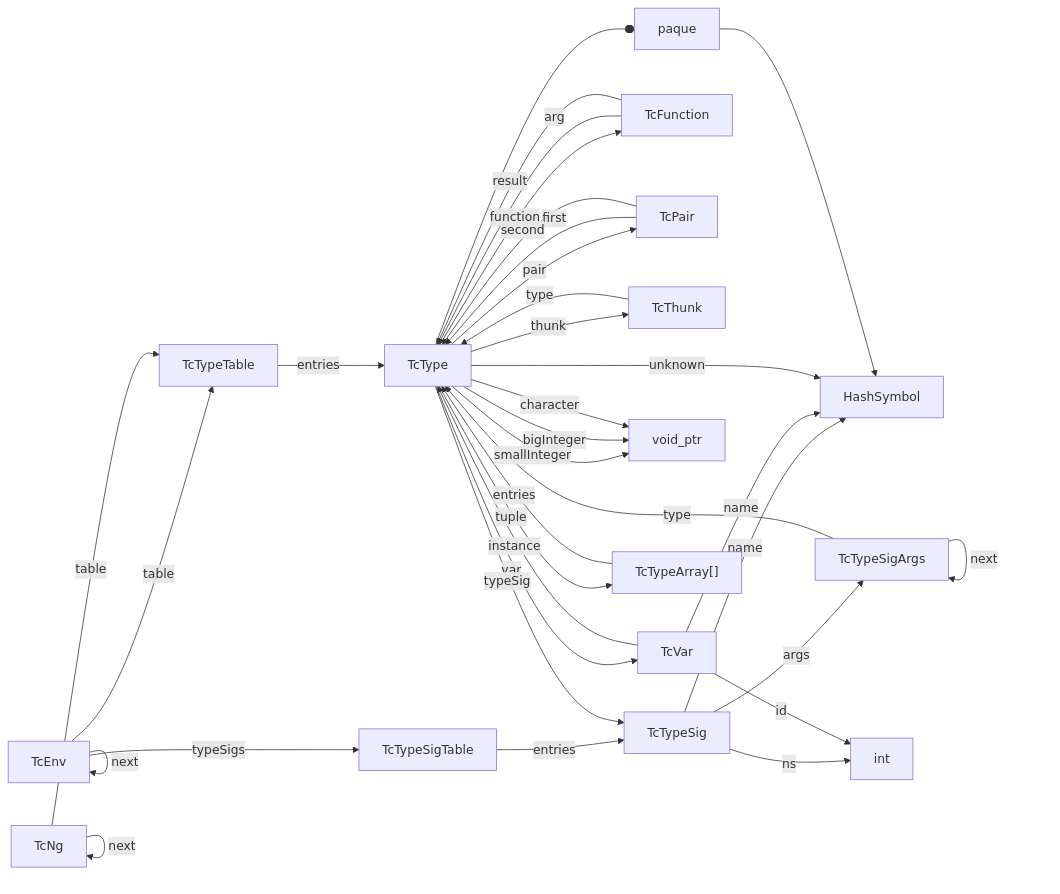
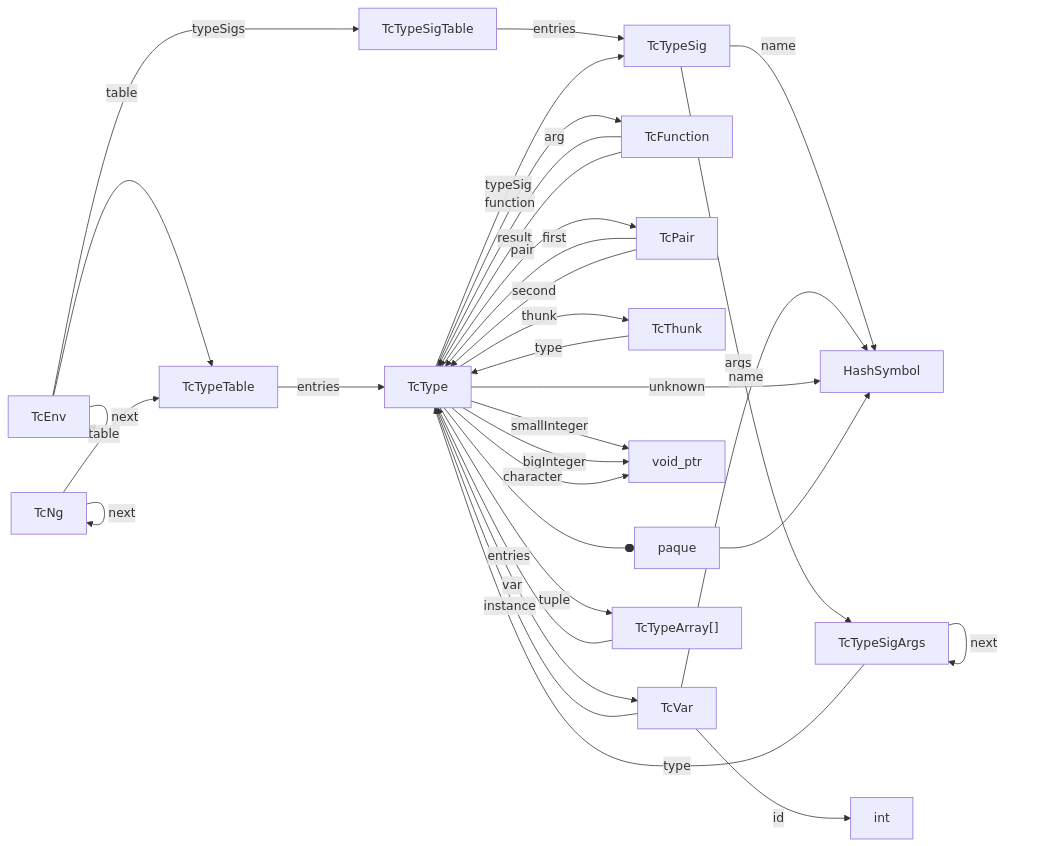
Before and after one commit to billhails/CEKF: the diagram in docs/generated/tc.md, drawn with Mermaid. The commit also changed 5 other files, not shown here.

````diff
--- a/docs/generated/tc.md
+++ b/docs/generated/tc.md
@@ -5,35 +5,34 @@
 ```mermaid
 flowchart LR
 TcTypeTable --entries--> TcType
 TcTypeSigTable --entries--> TcTypeSig
 TcEnv --table--> TcTypeTable
 TcEnv --typeSigs--> TcTypeSigTable
 TcEnv --next--> TcEnv
 TcNg --table--> TcTypeTable
 TcNg --next--> TcNg
 TcFunction --arg--> TcType
 TcFunction --result--> TcType
 TcPair --first--> TcType
 TcPair --second--> TcType
 TcThunk --type--> TcType
 TcTypeSig --name--> HashSymbol
 TcTypeSig --args--> TcTypeSigArgs
-TcTypeSig --ns--> int
 TcTypeSigArgs --type--> TcType
 TcTypeSigArgs --next--> TcTypeSigArgs
 TcVar --name--> HashSymbol
 TcVar --id--> int
 TcVar --instance--> TcType
 TcType --function--> TcFunction
 TcType --pair--> TcPair
 TcType --thunk--> TcThunk
 TcType --var--> TcVar
 TcType --smallInteger--> void_ptr
 TcType --bigInteger--> void_ptr
 TcType --character--> void_ptr
 TcType --unknown--> HashSymbol
 TcType --opaque--> HashSymbol
 TcType --typeSig--> TcTypeSig
 TcType --tuple--> TcTypeArray
 TcTypeArray["TcTypeArray[]"] --entries--> TcType
 ```
````
